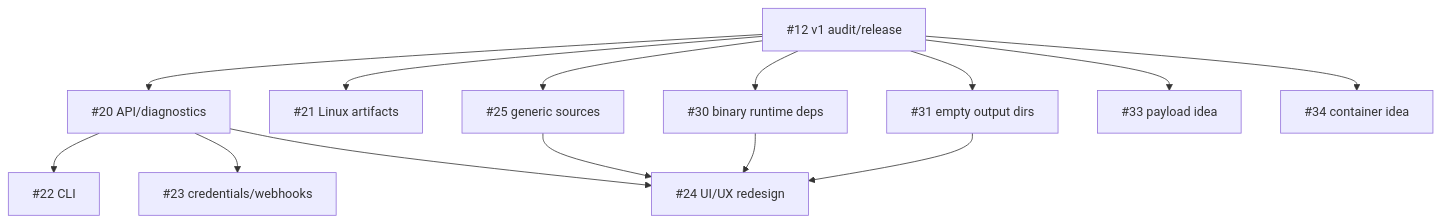
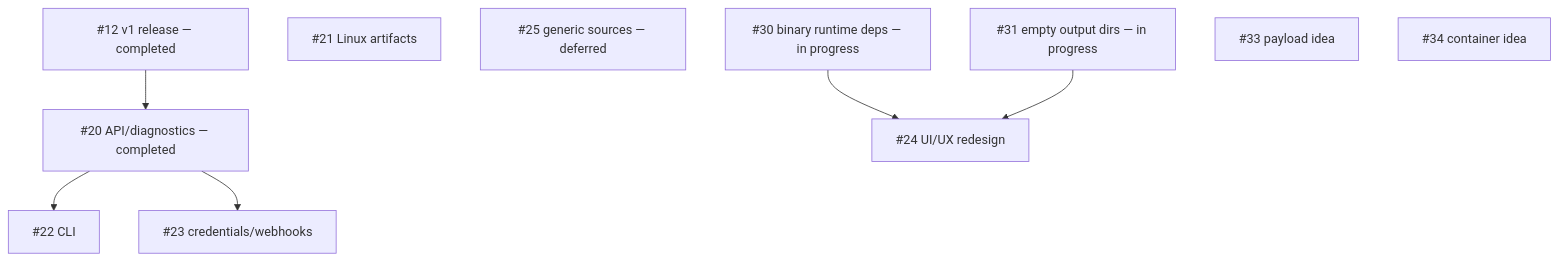
Before and after one commit to ProBatou/DebBuilder: the diagram in docs/ROADMAP.md, drawn with Mermaid. The commit also changed other lines of this file, not shown here.

Commit message:
docs: refresh post-v1 roadmap

````diff
--- a/docs/ROADMAP.md
+++ b/docs/ROADMAP.md
@@ -71,19 +77,19 @@
 ```mermaid
 flowchart TD
-    I12["#12 v1 audit/release"]
-    I20["#20 API/diagnostics"]
+    I12["#12 v1 release — completed"]
+    I20["#20 API/diagnostics — completed"]
     I21["#21 Linux artifacts"]
     I22["#22 CLI"]
     I23["#23 credentials/webhooks"]
-    I25["#25 generic sources"]
-    I30["#30 binary runtime deps"]
-    I31["#31 empty output dirs"]
+    I25["#25 generic sources — deferred"]
+    I30["#30 binary runtime deps — in progress"]
+    I31["#31 empty output dirs — in progress"]
     I24["#24 UI/UX redesign"]
     I33["#33 payload idea"]
     I34["#34 container idea"]
-    I12 --> I20 & I21 & I25 & I30 & I31 & I33 & I34
-    I20 --> I22 & I23 & I24
-    I25 --> I24
+
+    I12 --> I20
+    I20 --> I22 & I23
     I30 --> I24
     I31 --> I24
 ```
````
